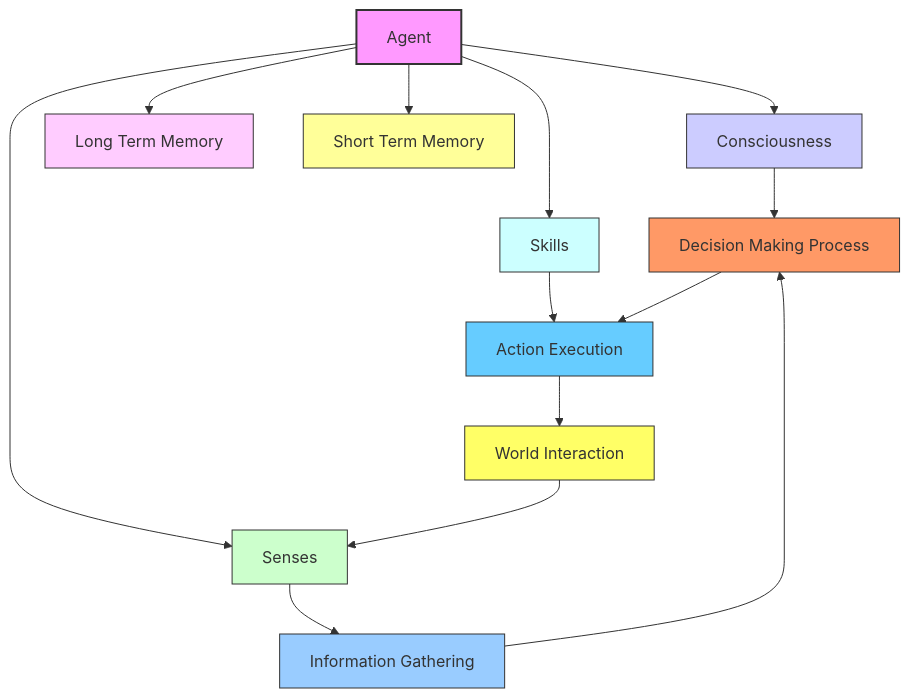
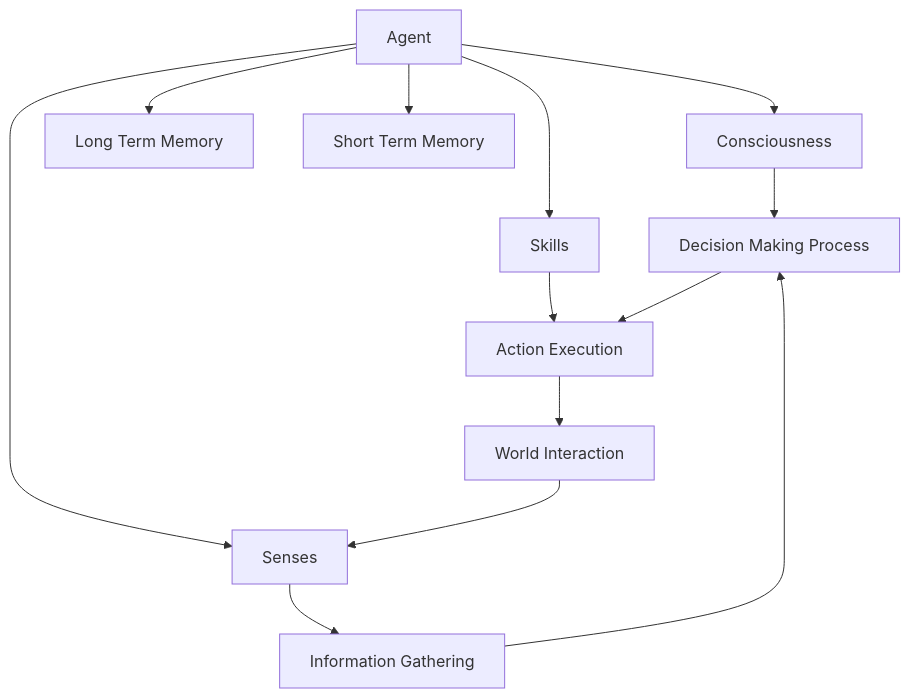
The diagram in README.md (solunika/solunika-agent), drawn with Mermaid before and after one commit.

Commit message:
Changed colors, sorry. Im color blind

````diff
--- a/README.md
+++ b/README.md
@@ -10,29 +10,19 @@
 ```mermaid
 graph TD;
     A[Agent] --> B[Consciousness]
     A --> C[Senses]
     A --> D[Skills]
     A --> E[Long Term Memory]
     A --> F[Short Term Memory]
 
     B --> G[Decision Making Process]
     C --> H[Information Gathering]
     D --> I[Action Execution]
 
     H --> G
     G --> I
 
     I --> J[World Interaction]
     J --> C
 
-    style A fill:#f9f,stroke:#333,stroke-width:2px
-    style B fill:#ccf,stroke:#333,stroke-width:1px
-    style C fill:#cfc,stroke:#333,stroke-width:1px
-    style D fill:#cff,stroke:#333,stroke-width:1px
-    style E fill:#fcf,stroke:#333,stroke-width:1px
-    style F fill:#ff9,stroke:#333,stroke-width:1px
-    style G fill:#f96,stroke:#333,stroke-width:1px
-    style H fill:#9cf,stroke:#333,stroke-width:1px
-    style I fill:#6cf,stroke:#333,stroke-width:1px
-    style J fill:#ff6,stroke:#333,stroke-width:1px
 ```
````
